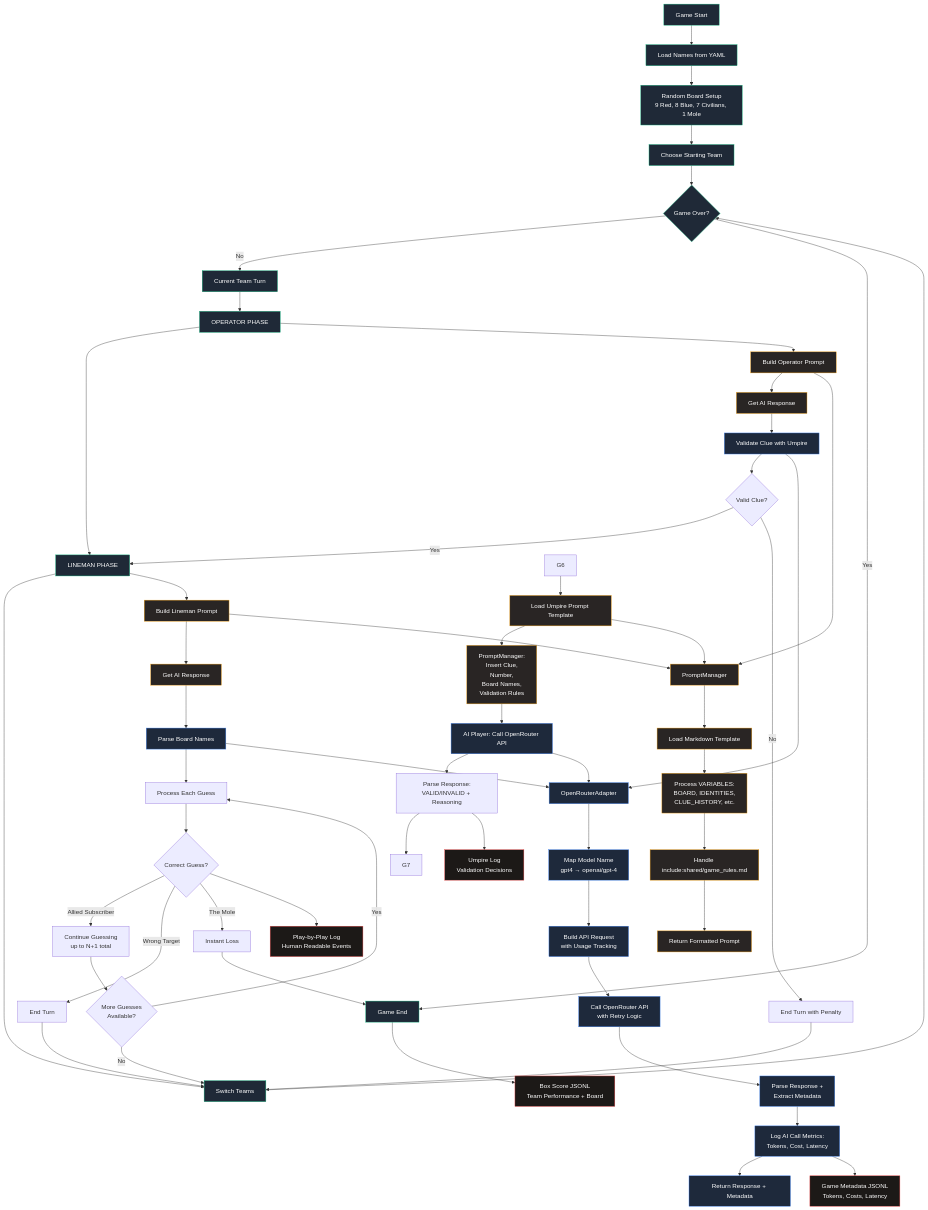
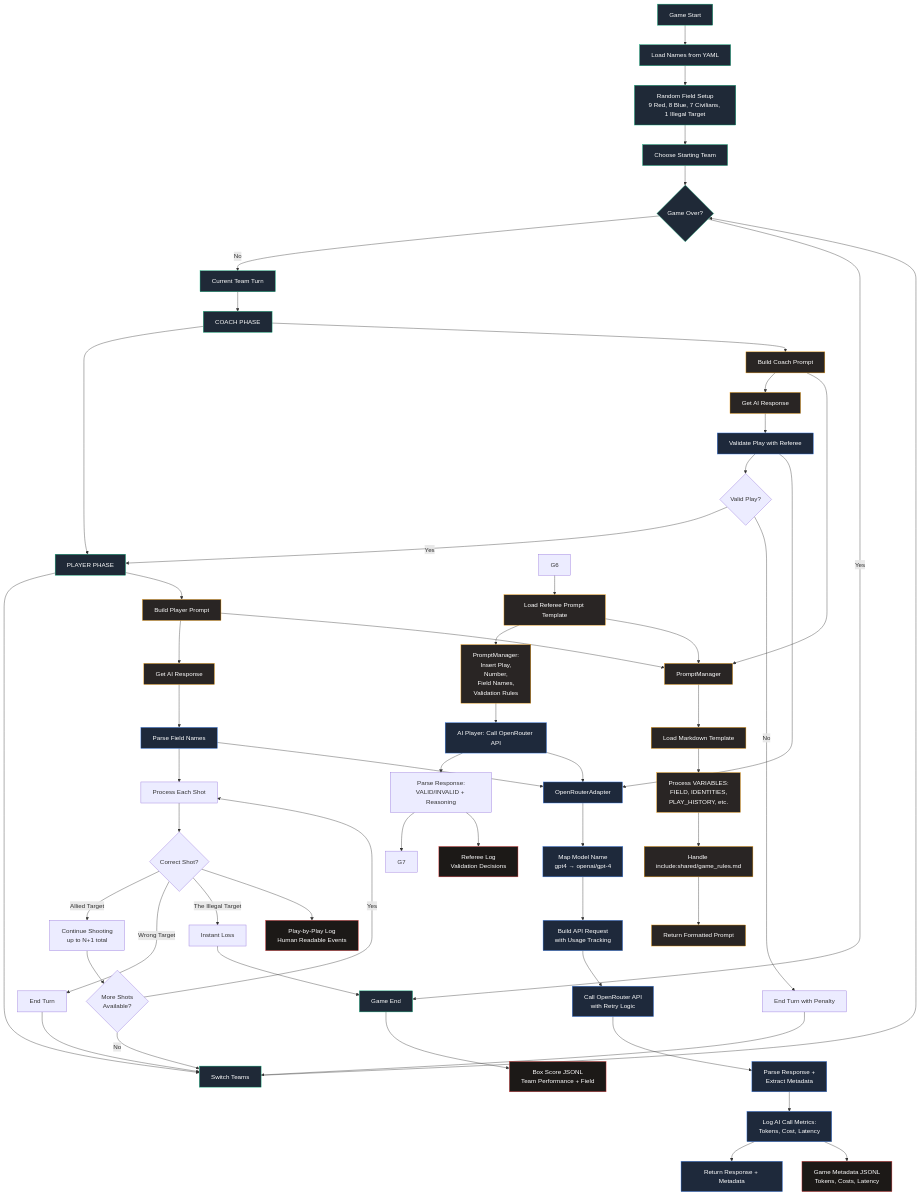
Before and after one commit to matsonj/switchboards: the diagram in README.md, drawn with Mermaid. The commit also changed other lines of this file and 8 other files, not shown here.

```diff
--- a/README.md
+++ b/README.md
@@ -145,7 +145,7 @@
 flowchart TD
     %% Game Initialization
     A[Game Start] --> B[Load Names from YAML]
-    B --> C[Random Board Setup<br/>9 Red, 8 Blue, 7 Civilians, 1 Mole]
+    B --> C[Random Field Setup<br/>9 Red, 8 Blue, 7 Civilians, 1 Illegal Target]
     C --> D[Choose Starting Team]
     
     %% Main Game Loop
@@ -154,38 +154,38 @@
     E -->|Yes| Z[Game End]
     
     %% Turn Structure
-    F --> G[OPERATOR PHASE]
-    G --> H[LINEMAN PHASE]
+    F --> G[COACH PHASE]
+    G --> H[PLAYER PHASE]
     H --> I[Switch Teams]
     I --> E
     
-    %% Operator Phase
-    G --> G1[Build Operator Prompt]
+    %% Coach Phase
+    G --> G1[Build Coach Prompt]
     G1 --> G2[Get AI Response]
-    G2 --> G3[Validate Clue with Umpire]
-    G3 --> G4{Valid Clue?}
+    G2 --> G3[Validate Play with Referee]
+    G3 --> G4{Valid Play?}
     G4 -->|Yes| H
     G4 -->|No| G5[End Turn with Penalty]
     G5 --> I
     
-    %% Lineman Phase
-    H --> H1[Build Lineman Prompt]
+    %% Player Phase
+    H --> H1[Build Player Prompt]
     H1 --> H2[Get AI Response]
-    H2 --> H3[Parse Board Names]
-    H3 --> H4[Process Each Guess]
-    H4 --> H5{Correct Guess?}
-    H5 -->|Allied Subscriber| H6[Continue Guessing<br/>up to N+1 total]
+    H2 --> H3[Parse Field Names]
+    H3 --> H4[Process Each Shot]
+    H4 --> H5{Correct Shot?}
+    H5 -->|Allied Target| H6[Continue Shooting<br/>up to N+1 total]
     H5 -->|Wrong Target| H7[End Turn]
-    H5 -->|The Mole| H8[Instant Loss]
-    H6 --> H9{More Guesses<br/>Available?}
+    H5 -->|The Illegal Target| H8[Instant Loss]
+    H6 --> H9{More Shots<br/>Available?}
     H9 -->|Yes| H4
     H9 -->|No| I
     H7 --> I
     H8 --> Z
     
-    %% Umpire Validation Details
-    G6 --> U1[Load Umpire Prompt Template]
-    U1 --> U2[PromptManager:<br/>Insert Clue,<br/>Number,<br/>Board Names,<br/>Validation Rules]
+    %% Referee Validation Details
+    G6 --> U1[Load Referee Prompt Template]
+    U1 --> U2[PromptManager:<br/>Insert Play,<br/>Number,<br/>Field Names,<br/>Validation Rules]
     U2 --> U3[AI Player: Call OpenRouter API]
     U3 --> U4[Parse Response:<br/>VALID/INVALID + Reasoning]
     U4 --> G7
@@ -206,15 +206,15 @@
     H1 --> PM
     U1 --> PM
     PM --> PM1[Load Markdown Template]
-    PM1 --> PM2[Process VARIABLES:<br/>BOARD, IDENTITIES,<br/>CLUE_HISTORY, etc.]
+    PM1 --> PM2[Process VARIABLES:<br/>FIELD, IDENTITIES,<br/>PLAY_HISTORY, etc.]
     PM2 --> PM3[Handle include:shared/game_rules.md]
     PM3 --> PM4[Return Formatted Prompt]
     
     %% Logging System
     API5 --> L1[Game Metadata JSONL<br/>Tokens, Costs, Latency]
     H5 --> L2[Play-by-Play Log<br/>Human Readable Events]
-    Z --> L3[Box Score JSONL<br/>Team Performance + Board]
-    U4 --> L4[Umpire Log<br/>Validation Decisions]
+    Z --> L3[Box Score JSONL<br/>Team Performance + Field]
+    U4 --> L4[Referee Log<br/>Validation Decisions]
     
     %% Styling
     classDef gameLogic fill:#1f2937,stroke:#10b981,color:#fff
```
